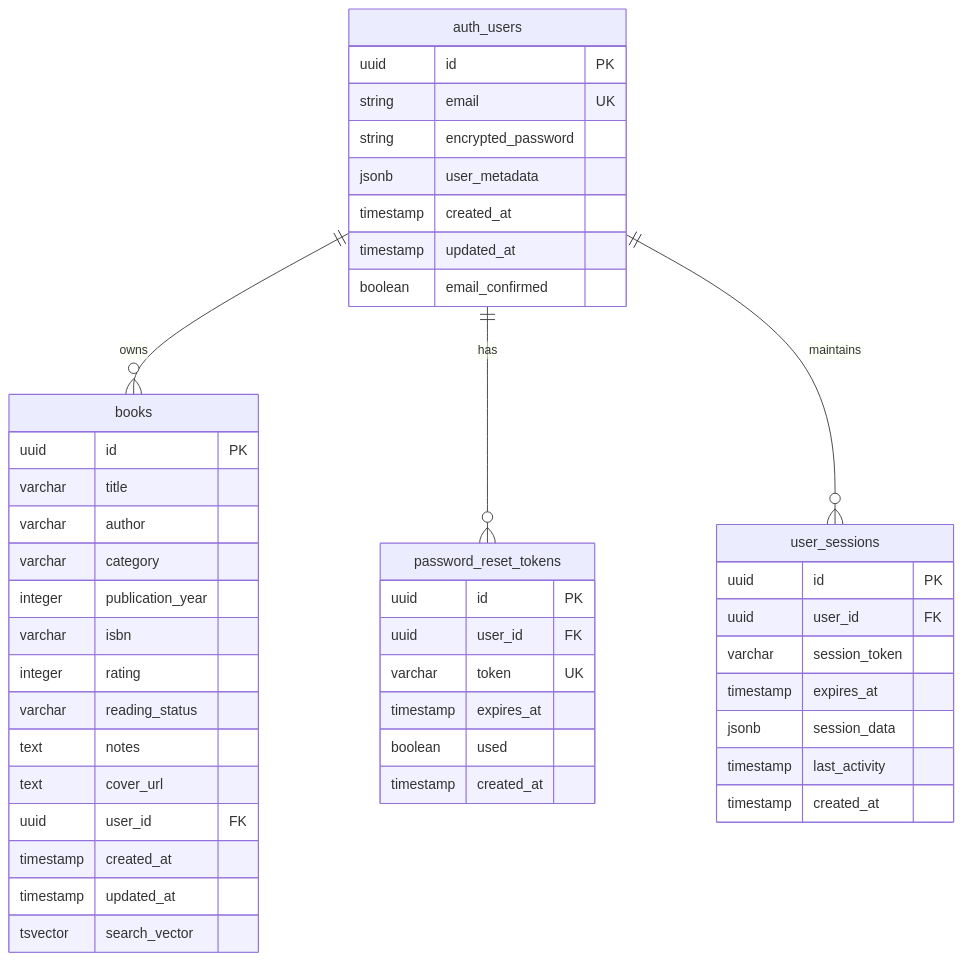
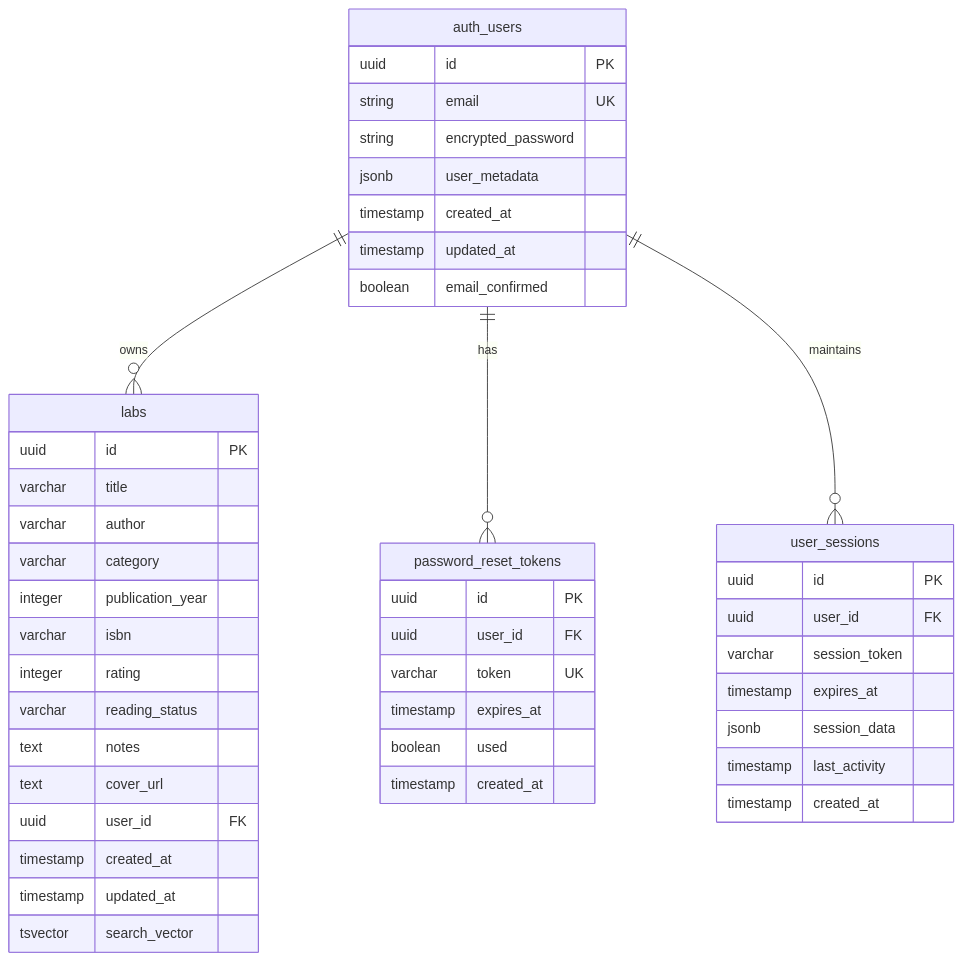
Before and after one commit to Hendrich/book-catalog: the diagram in docs/DATABASE_ARCHITECTURE_V2.md, drawn with Mermaid. The commit also changed other lines of this file and 118 other files, not shown here.

````diff
--- a/docs/DATABASE_ARCHITECTURE_V2.md
+++ b/docs/DATABASE_ARCHITECTURE_V2.md
@@ -45,52 +45,52 @@
 ```mermaid
 erDiagram
-    auth_users ||--o{ books : "owns"
+    auth_users ||--o{ labs : "owns"
     auth_users ||--o{ password_reset_tokens : "has"
     auth_users ||--o{ user_sessions : "maintains"
     
     auth_users {
         uuid id PK
         string email UK
         string encrypted_password
         jsonb user_metadata
         timestamp created_at
         timestamp updated_at
         boolean email_confirmed
     }
     
-    books {
+    labs {
         uuid id PK
         varchar title
         varchar author
         varchar category
         integer publication_year
         varchar isbn
         integer rating
         varchar reading_status
         text notes
         text cover_url
         uuid user_id FK
         timestamp created_at
         timestamp updated_at
         tsvector search_vector
     }
     
     password_reset_tokens {
         uuid id PK
         uuid user_id FK
         varchar token UK
         timestamp expires_at
         boolean used
         timestamp created_at
     }
     
     user_sessions {
         uuid id PK
         uuid user_id FK
         varchar session_token
         timestamp expires_at
         jsonb session_data
         timestamp last_activity
         timestamp created_at
     }
 ```
````
